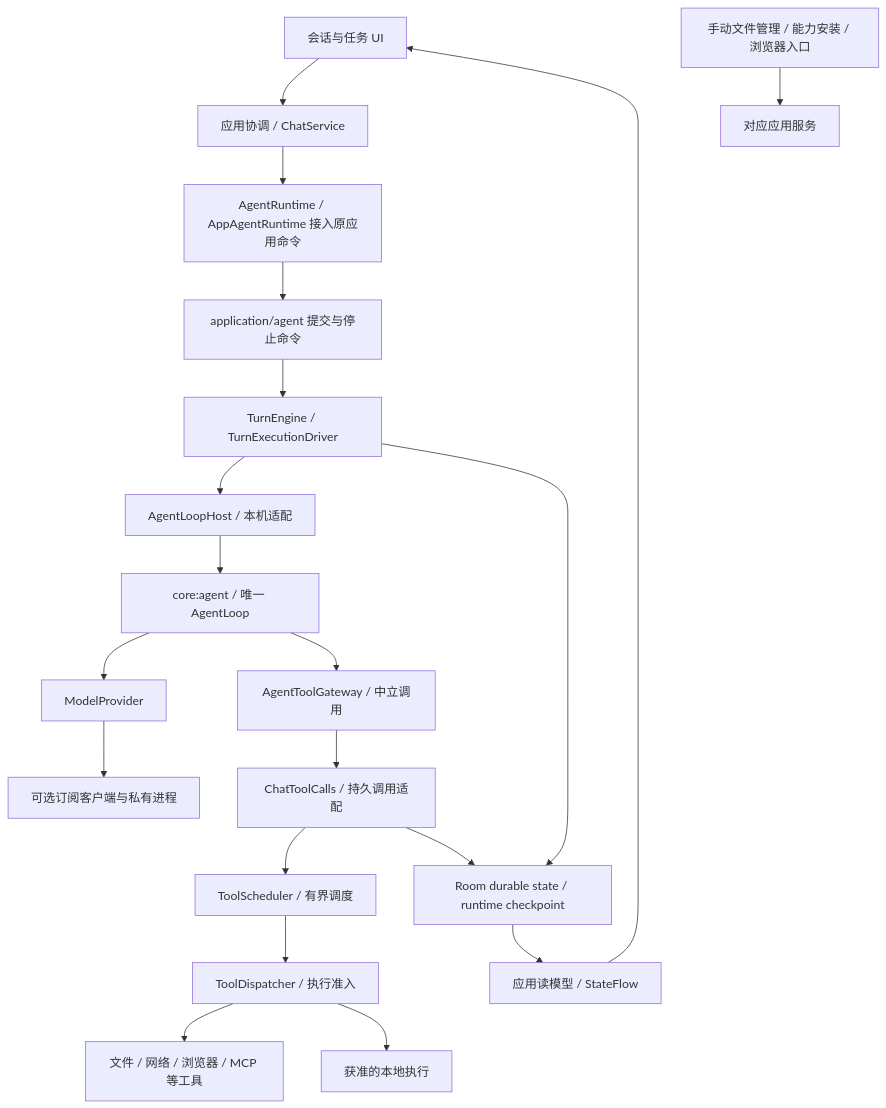
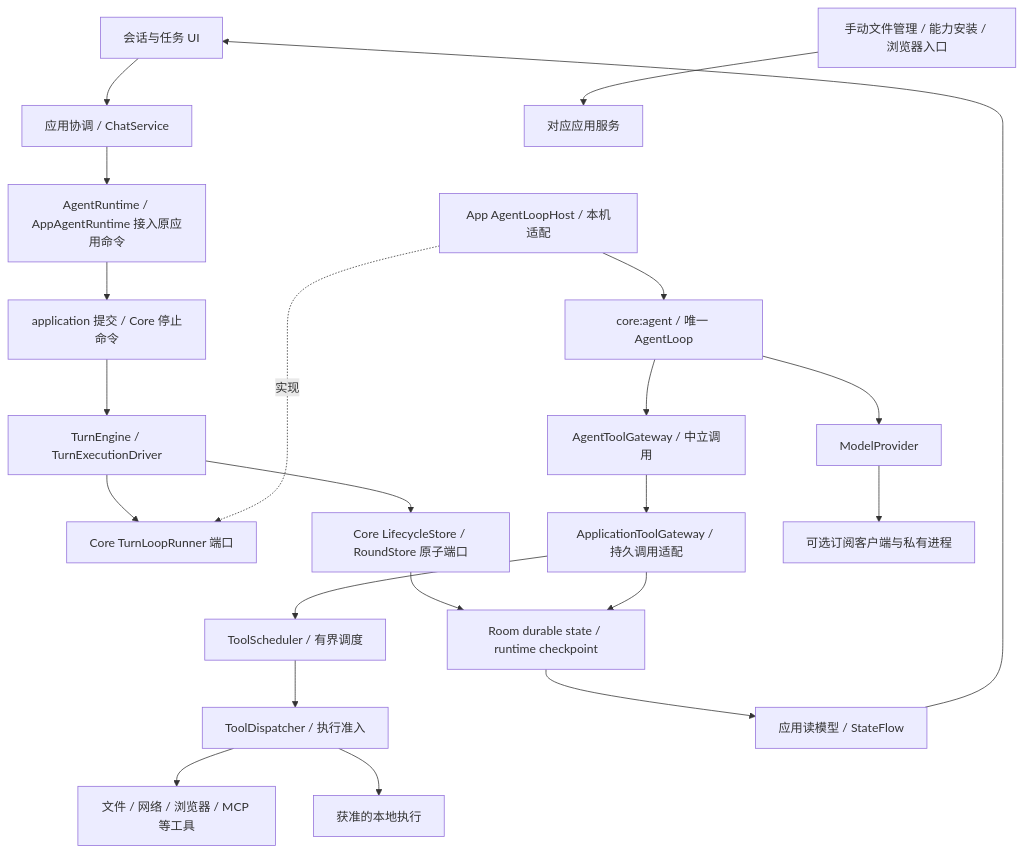
Before and after one commit to dollarser/helix-agent: the diagram in docs/architecture/overview.md, drawn with Mermaid. The commit also changed other lines of this file and 16 other files, not shown here.

First line of the commit message:
docs(agent): record neutral lifecycle boundaries and stage acceptance

````diff
--- a/docs/architecture/overview.md
+++ b/docs/architecture/overview.md
@@ -18,22 +18,24 @@
 ```mermaid
 flowchart TD
   UI[会话与任务 UI] --> Coordinator[应用协调 / ChatService]
   Coordinator --> Entry[AgentRuntime / AppAgentRuntime 接入原应用命令]
-  Entry --> Commands[application/agent 提交与停止命令]
+  Entry --> Commands[application 提交 / Core 停止命令]
   Commands --> Engine[TurnEngine / TurnExecutionDriver]
-  Engine --> Host[AgentLoopHost / 本机适配]
+  Engine --> Runner[Core TurnLoopRunner 端口]
+  Host[App AgentLoopHost / 本机适配] -.实现.-> Runner
   Host --> Loop[core:agent / 唯一 AgentLoop]
-  Engine --> State[Room durable state / runtime checkpoint]
+  Engine --> Store[Core LifecycleStore / RoundStore 原子端口]
+  Store --> State[Room durable state / runtime checkpoint]
   Loop --> Provider[ModelProvider]
   Loop --> Gateway[AgentToolGateway / 中立调用]
-  Gateway --> Adapter[ChatToolCalls / 持久调用适配]
+  Gateway --> Adapter[ApplicationToolGateway / 持久调用适配]
   Adapter --> Scheduler[ToolScheduler / 有界调度]
   Scheduler --> Dispatcher[ToolDispatcher / 执行准入]
   Dispatcher --> Tools[文件 / 网络 / 浏览器 / MCP 等工具]
   Dispatcher --> Runtime[获准的本地执行]
   Manual[手动文件管理 / 能力安装 / 浏览器入口] --> Services[对应应用服务]
   Adapter --> State
   State --> Projection[应用读模型 / StateFlow]
   Projection --> UI
   Provider --> Subscription[可选订阅客户端与私有进程]
 ```
````
